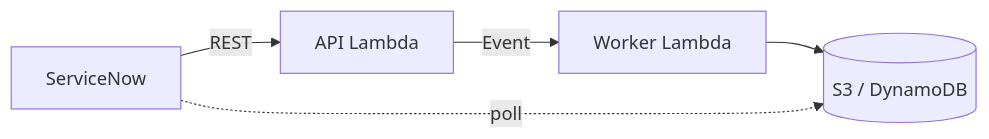
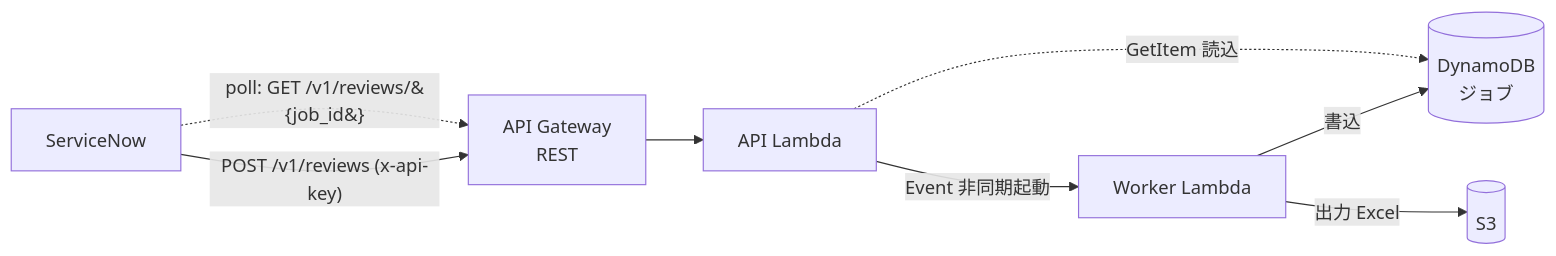
One commit to suepie/aws-rag-poc changed the diagram in doc/design/confirmation-assistance.md. Above: the diagram before and after it, drawn with Mermaid. The commit also changed other lines of this file and 34 other files, not shown here.

````diff
--- a/doc/design/confirmation-assistance.md
+++ b/doc/design/confirmation-assistance.md
@@ -7,7 +7,10 @@
 ```mermaid
 flowchart LR
-    SN[ServiceNow] -->|REST| API[API Lambda]
-    API -->|Event| W[Worker Lambda]
-    W --> S3DDB[(S3 / DynamoDB)]
-    SN -.->|poll| S3DDB
+    SN[ServiceNow] -->|"POST /v1/reviews (x-api-key)"| GW[API Gateway<br/>REST]
+    GW --> API[API Lambda]
+    API -->|Event 非同期起動| W[Worker Lambda]
+    W -->|書込| DDB[(DynamoDB<br/>ジョブ)]
+    W -->|出力 Excel| S3[(S3)]
+    SN -.->|"poll: GET /v1/reviews/&#123;job_id&#125;"| GW
+    API -.->|GetItem 読込| DDB
 ```
````
